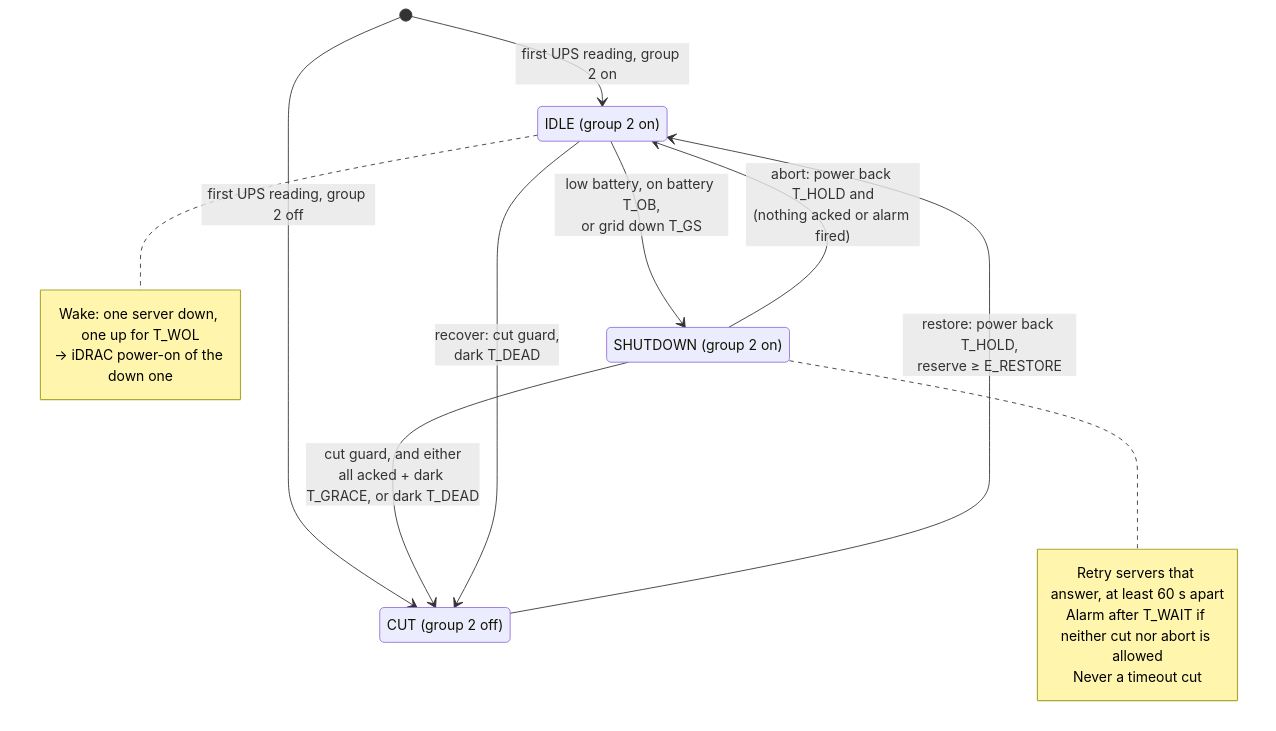
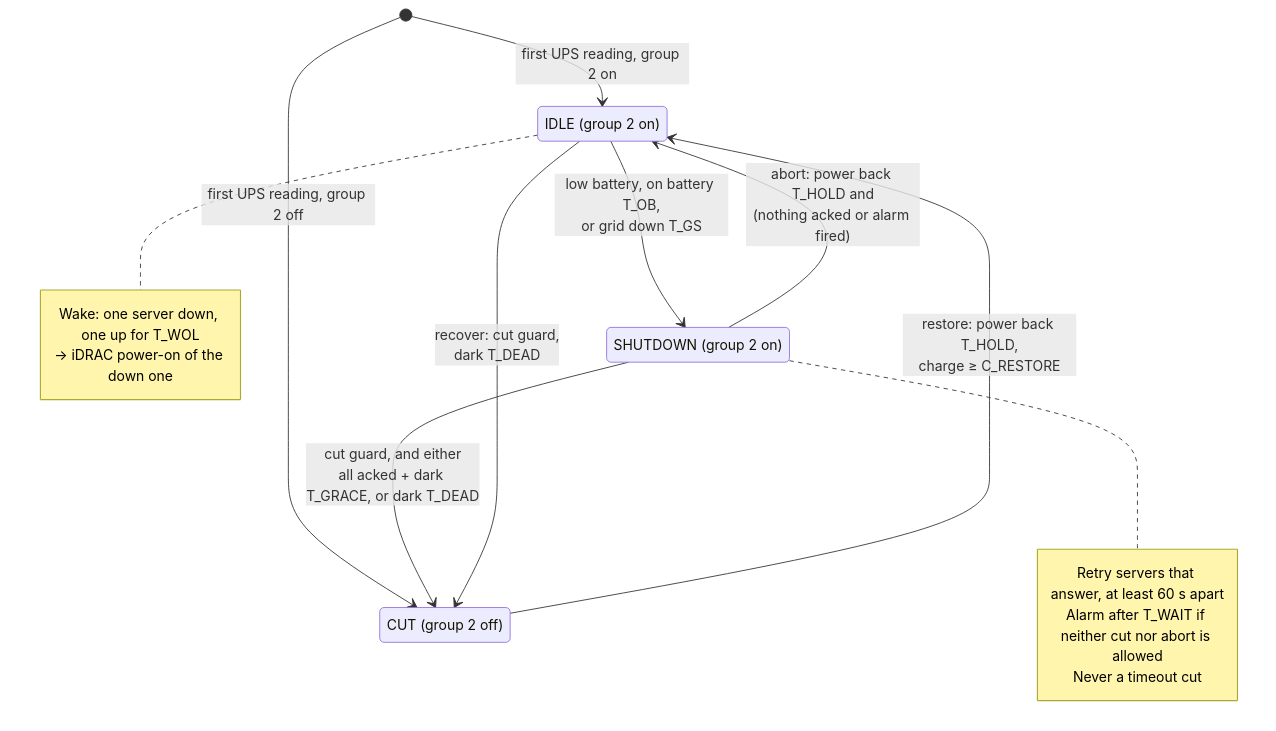
One commit to err53/ups-sync changed the diagram in docs/STATE_MACHINE.md. Above: the diagram before and after it, drawn with Mermaid. The commit also changed other lines of this file and 26 other files, not shown here.

First line of the commit message:
Bring the servers back after a grid-only shutdown: restore by battery charge (#12)

````diff
--- a/docs/STATE_MACHINE.md
+++ b/docs/STATE_MACHINE.md
@@ -38,24 +38,24 @@
 ```mermaid
 stateDiagram-v2
     state "IDLE (group 2 on)" as IDLE
     state "SHUTDOWN (group 2 on)" as SHUTDOWN
     state "CUT (group 2 off)" as CUT
 
     [*] --> IDLE: first UPS reading, group 2 on
     [*] --> CUT: first UPS reading, group 2 off
     IDLE --> SHUTDOWN: low battery, on battery T_OB,<br/>or grid down T_GS
     SHUTDOWN --> CUT: cut guard, and either<br/>all acked + dark T_GRACE, or dark T_DEAD
     SHUTDOWN --> IDLE: abort: power back T_HOLD and<br/>(nothing acked or alarm fired)
     IDLE --> CUT: recover: cut guard,<br/>dark T_DEAD
-    CUT --> IDLE: restore: power back T_HOLD,<br/>reserve ≥ E_RESTORE
+    CUT --> IDLE: restore: power back T_HOLD,<br/>charge ≥ C_RESTORE
 
     note right of IDLE
         Wake: one server down, one up for T_WOL
         → iDRAC power-on of the down one
     end note
     note right of SHUTDOWN
         Retry servers that answer, at least 60 s apart
         Alarm after T_WAIT if neither cut nor abort is allowed
         Never a timeout cut
     end note
 ```
````
